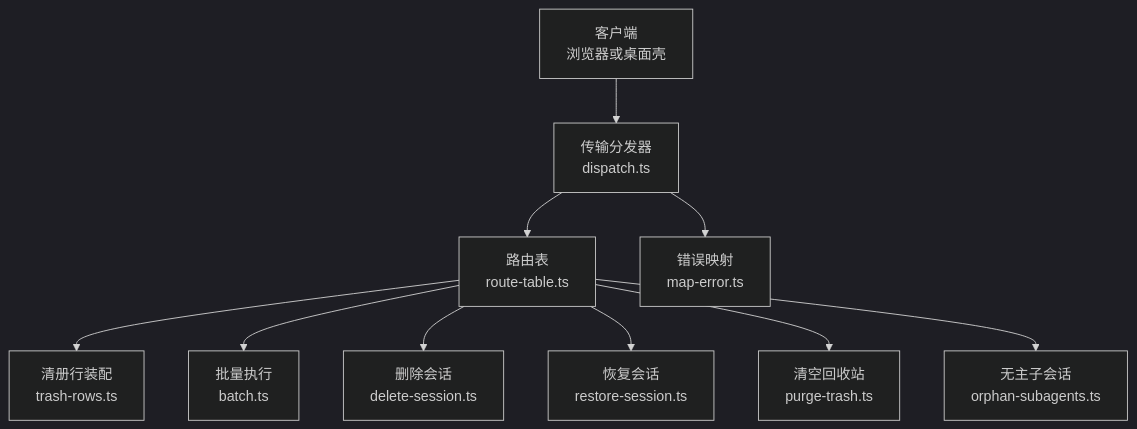
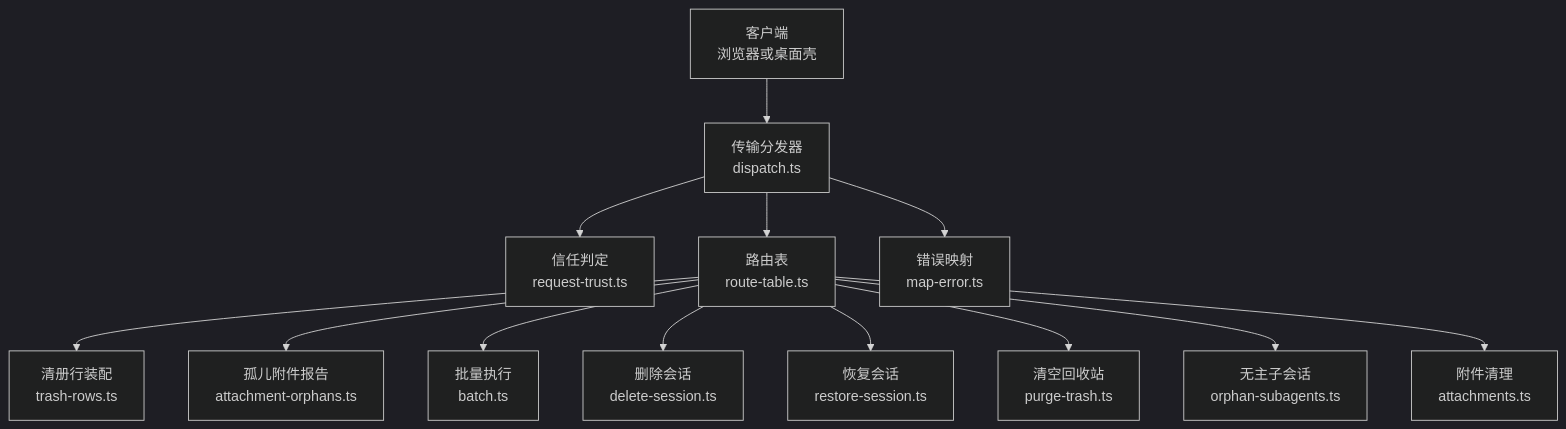
Before and after one commit to xrn1997/dsh-session-delete: the first of 3 diagrams in .qoder/repowiki/zh/content/API 参考/API 参考.md, drawn with Mermaid (dark theme). The commit also changed other lines of this file and 36 other files, not shown here.

````diff
--- a/.qoder/repowiki/zh/content/API 参考/API 参考.md
+++ b/.qoder/repowiki/zh/content/API 参考/API 参考.md
@@ -53,12 +59,15 @@
 ```mermaid
 graph TB
     Client["客户端<br/>浏览器或桌面壳"] --> Dispatcher["传输分发器<br/>dispatch.ts"]
+    Dispatcher --> TrustJudge["信任判定<br/>request-trust.ts"]
     Dispatcher --> RouteTable["路由表<br/>route-table.ts"]
     RouteTable --> TrashRows["清册行装配<br/>trash-rows.ts"]
+    RouteTable --> AttachmentOrphans["孤儿附件报告<br/>attachment-orphans.ts"]
     RouteTable --> Batch["批量执行<br/>batch.ts"]
     RouteTable --> Delete["删除会话<br/>delete-session.ts"]
     RouteTable --> Restore["恢复会话<br/>restore-session.ts"]
     RouteTable --> Purge["清空回收站<br/>purge-trash.ts"]
     RouteTable --> Orphans["无主子会话<br/>orphan-subagents.ts"]
+    RouteTable --> Attachments["附件清理<br/>attachments.ts"]
     Dispatcher --> ErrorMap["错误映射<br/>map-error.ts"]
 ```
````
